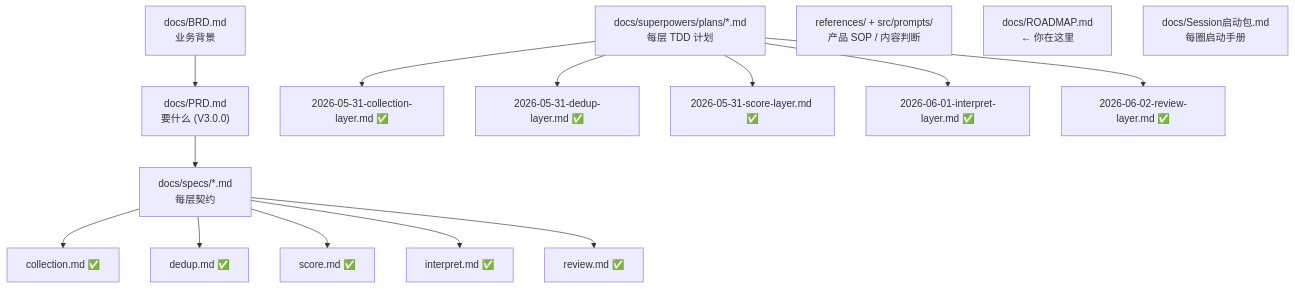
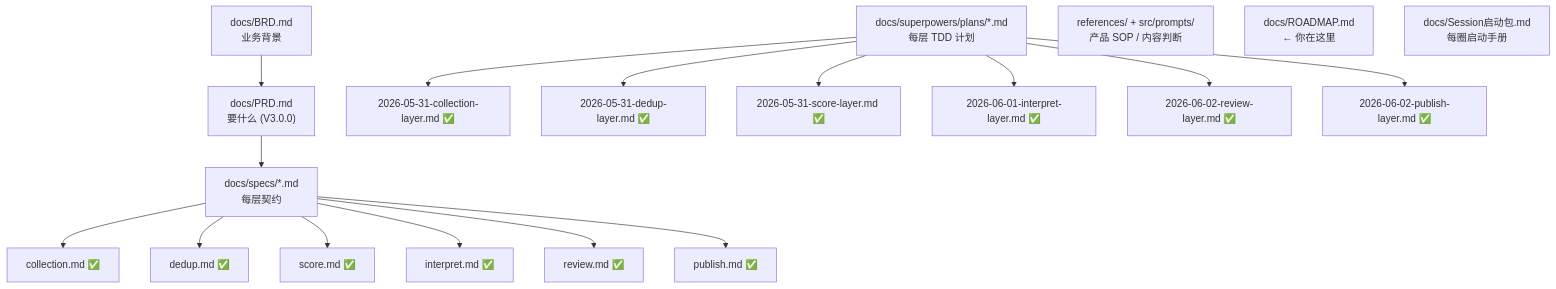
One commit to ai-newsday/core changed the third of 3 diagrams in docs/ROADMAP.md. Above: the diagram before and after it, drawn with Mermaid. The commit also changed other lines of this file, not shown here.

Commit message:
docs(roadmap): mark Circle 6 publish done, point next to Circle 7 feedback

````diff
--- a/docs/ROADMAP.md
+++ b/docs/ROADMAP.md
@@ -73,20 +73,22 @@
 ```mermaid
 flowchart TD
     PRD["docs/PRD.md<br/>要什么 (V3.0.0)"] --> SPECS
     BRD["docs/BRD.md<br/>业务背景"] --> PRD
     SPECS["docs/specs/*.md<br/>每层契约"]
     SPECS --> S1["collection.md ✅"]
     SPECS --> S2["dedup.md ✅"]
     SPECS --> S3["score.md ✅"]
     SPECS --> S4["interpret.md ✅"]
     SPECS --> S5["review.md ✅"]
+    SPECS --> S6["publish.md ✅"]
     PLANS["docs/superpowers/plans/*.md<br/>每层 TDD 计划"]
     PLANS --> P1["2026-05-31-collection-layer.md ✅"]
     PLANS --> P2["2026-05-31-dedup-layer.md ✅"]
     PLANS --> P3["2026-05-31-score-layer.md ✅"]
     PLANS --> P4["2026-06-01-interpret-layer.md ✅"]
     PLANS --> P5["2026-06-02-review-layer.md ✅"]
+    PLANS --> P6["2026-06-02-publish-layer.md ✅"]
     REF["references/ + src/prompts/<br/>产品 SOP / 内容判断"]
     RM["docs/ROADMAP.md<br/>← 你在这里"]
     SB["docs/Session启动包.md<br/>每圈启动手册"]
 ```
````
